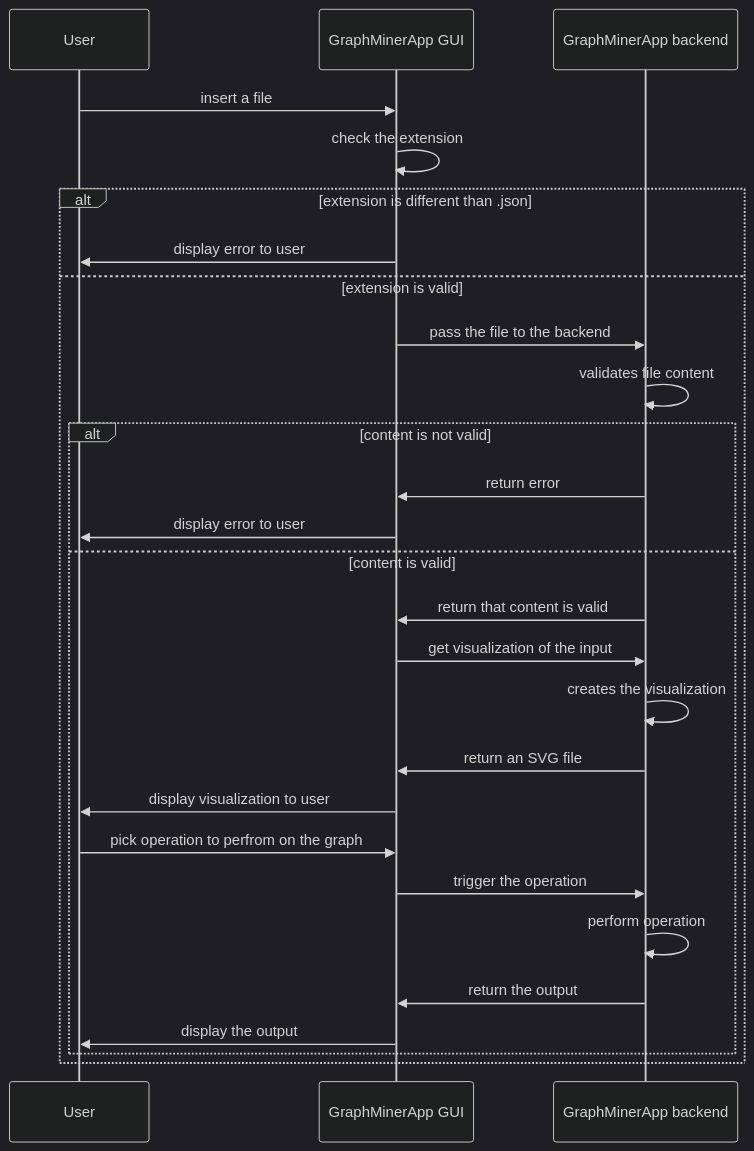
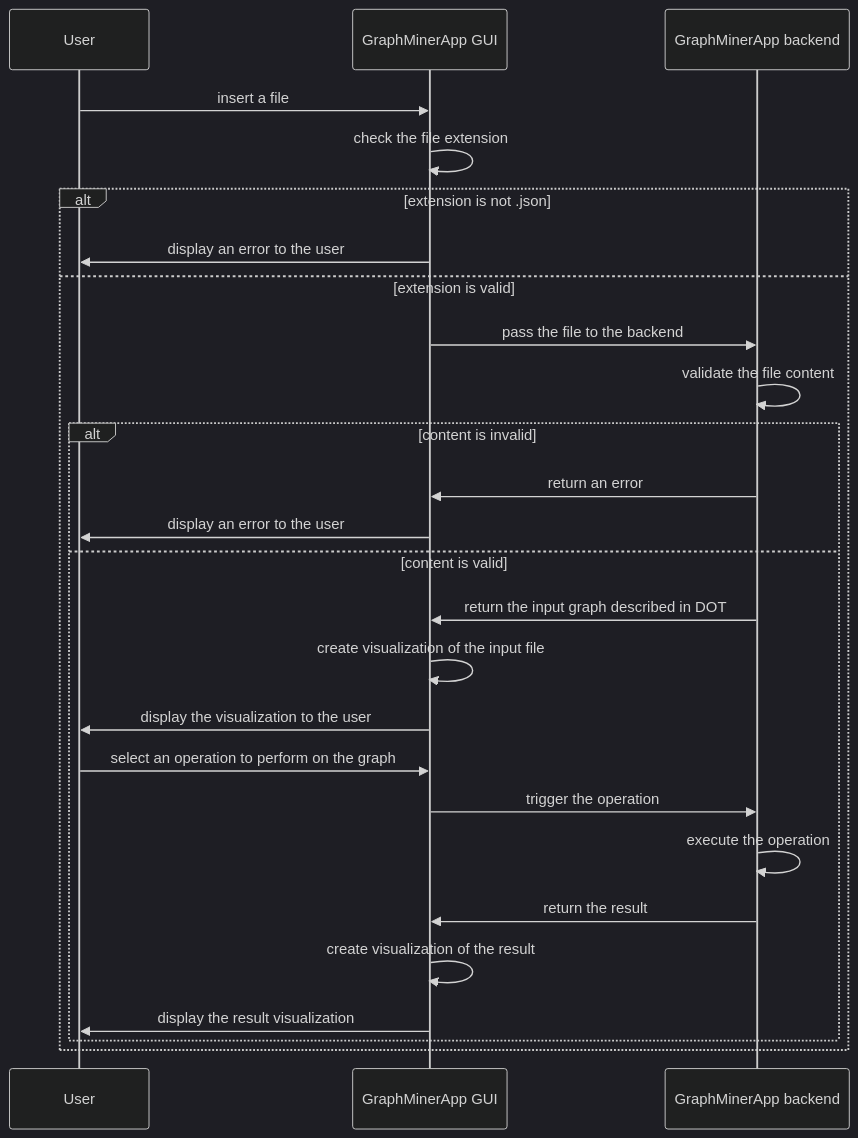
The diagram in README.md (Kaniek99/GraphMinerApp), drawn with Mermaid (dark theme) before and after one commit. The commit also changed other lines of this file, not shown here.

Commit message:
docs: fix language inconsistencies

````diff
--- a/README.md
+++ b/README.md
@@ -32,26 +32,25 @@
 ```mermaid
 sequenceDiagram
 User->>GraphMinerApp GUI: insert a file
-GraphMinerApp GUI->>GraphMinerApp GUI: check the extension
-alt extension is different than .json
-    GraphMinerApp GUI->>User: display error to user
+GraphMinerApp GUI->>GraphMinerApp GUI: check the file extension
+alt extension is not .json
+    GraphMinerApp GUI->>User: display an error to the user
 else extension is valid
     GraphMinerApp GUI->>GraphMinerApp backend: pass the file to the backend
-    GraphMinerApp backend->>GraphMinerApp backend: validates file content
-    alt content is not valid
-        GraphMinerApp backend->>GraphMinerApp GUI: return error
-        GraphMinerApp GUI->>User: display error to user
+    GraphMinerApp backend->>GraphMinerApp backend: validate the file content
+    alt content is invalid
+        GraphMinerApp backend->>GraphMinerApp GUI: return an error
+        GraphMinerApp GUI->>User: display an error to the user
     else content is valid
-        GraphMinerApp backend->>GraphMinerApp GUI: return that content is valid
-        GraphMinerApp GUI->>GraphMinerApp backend: get visualization of the input
-        GraphMinerApp backend->>GraphMinerApp backend: creates the visualization
-        GraphMinerApp backend->>GraphMinerApp GUI: return an SVG file
-        GraphMinerApp GUI->>User: display visualization to user
-        User->>GraphMinerApp GUI: pick operation to perfrom on the graph
+        GraphMinerApp backend->>GraphMinerApp GUI: return the input graph described in DOT
+        GraphMinerApp GUI->>GraphMinerApp GUI: create visualization of the input file
+        GraphMinerApp GUI->>User: display the visualization to the user
+        User->>GraphMinerApp GUI: select an operation to perform on the graph
         GraphMinerApp GUI->>GraphMinerApp backend: trigger the operation
-        GraphMinerApp backend->>GraphMinerApp backend: perform operation
-        GraphMinerApp backend->>GraphMinerApp GUI: return the output
-        GraphMinerApp GUI->>User: display the output
+        GraphMinerApp backend->>GraphMinerApp backend: execute the operation
+        GraphMinerApp backend->>GraphMinerApp GUI: return the result
+        GraphMinerApp GUI->>GraphMinerApp GUI: create visualization of the result
+        GraphMinerApp GUI->>User: display the result visualization
     end
 end
 ```
````
